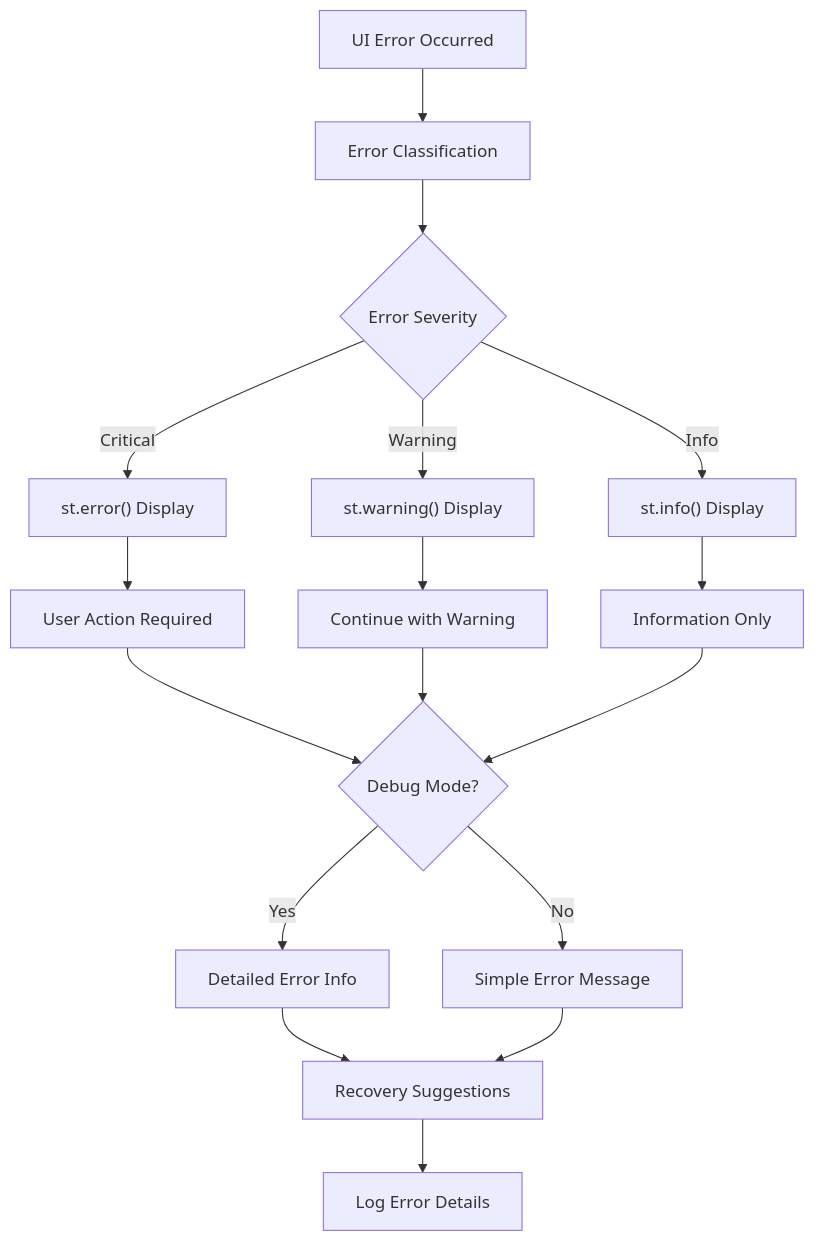
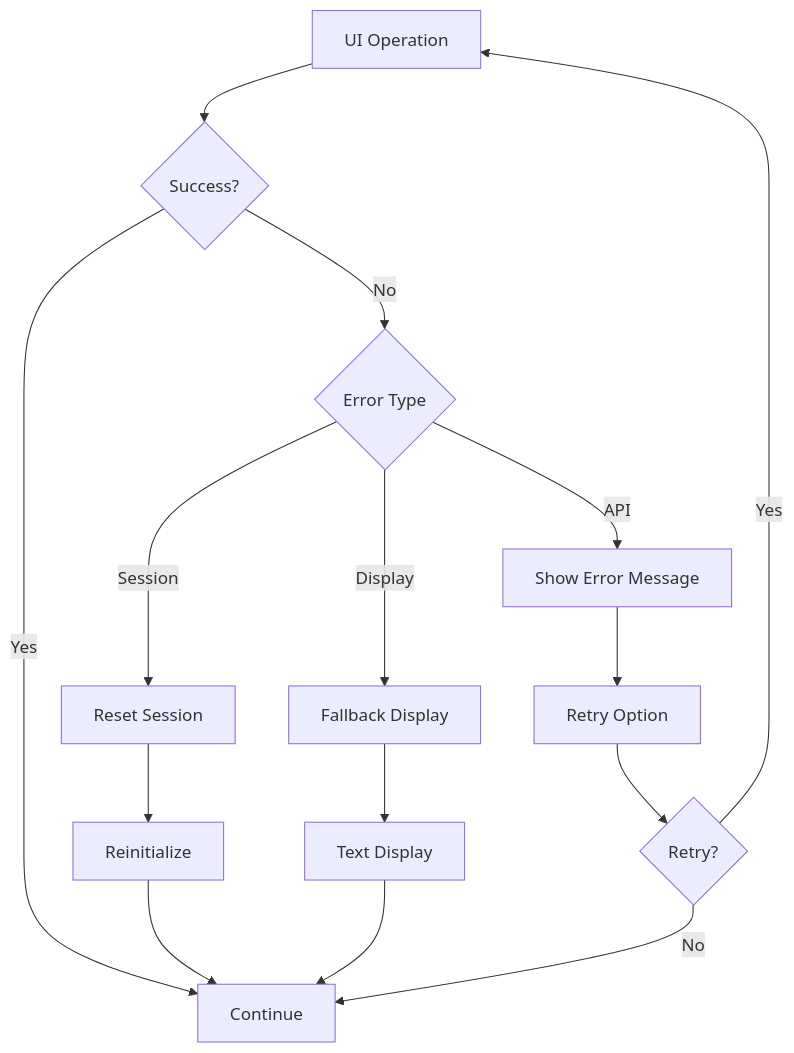
One commit to nakashima2toshio/anthropic_api_jp changed the tenth of 10 diagrams in doc/helper_st.md. Above: the diagram before and after it, drawn with Mermaid. The commit also changed other lines of this file and 12 other files, not shown here.

````diff
--- a/doc/helper_st.md
+++ b/doc/helper_st.md
@@ -656,23 +544,20 @@
 ```mermaid
 graph TD
-    A["UI Error Occurred"] --> B["Error Classification"]
-    B --> C{"Error Severity"}
-    C -->|Critical| D["st.error() Display"]
-    C -->|Warning| E["st.warning() Display"]
-    C -->|Info| F["st.info() Display"]
+    A["UI Operation"] --> B{Success?}
+    B -->|No| C{Error Type}
+    B -->|Yes| D["Continue"]
     
-    D --> G["User Action Required"]
-    E --> H["Continue with Warning"]
-    F --> I["Information Only"]
+    C -->|Session| E["Reset Session"]
+    C -->|Display| F["Fallback Display"]
+    C -->|API| G["Show Error Message"]
     
-    G --> J{"Debug Mode?"}
-    H --> J
-    I --> J
+    E --> H["Reinitialize"]
+    F --> I["Text Display"]
+    G --> J["Retry Option"]
     
-    J -->|Yes| K["Detailed Error Info"]
-    J -->|No| L["Simple Error Message"]
-    
-    K --> M["Recovery Suggestions"]
-    L --> M
-    M --> N["Log Error Details"]
+    H --> D
+    I --> D
+    J --> K{Retry?}
+    K -->|Yes| A
+    K -->|No| D
 ```
````
